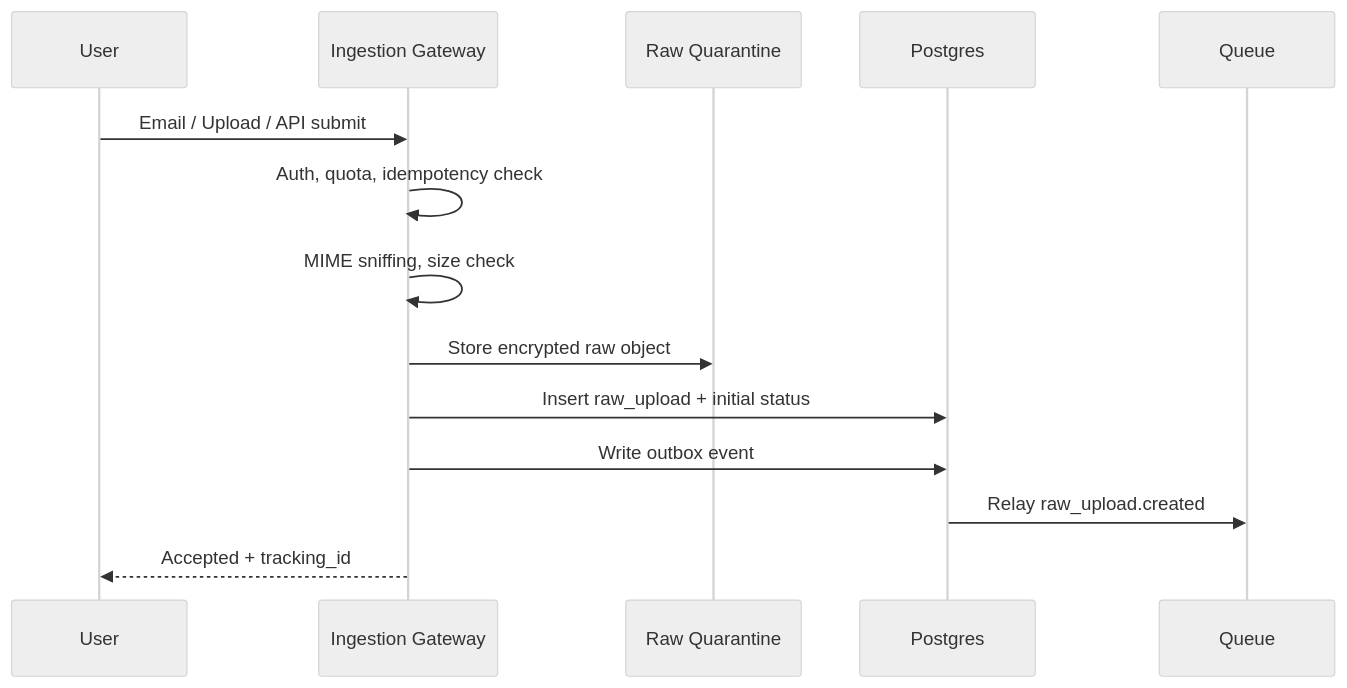
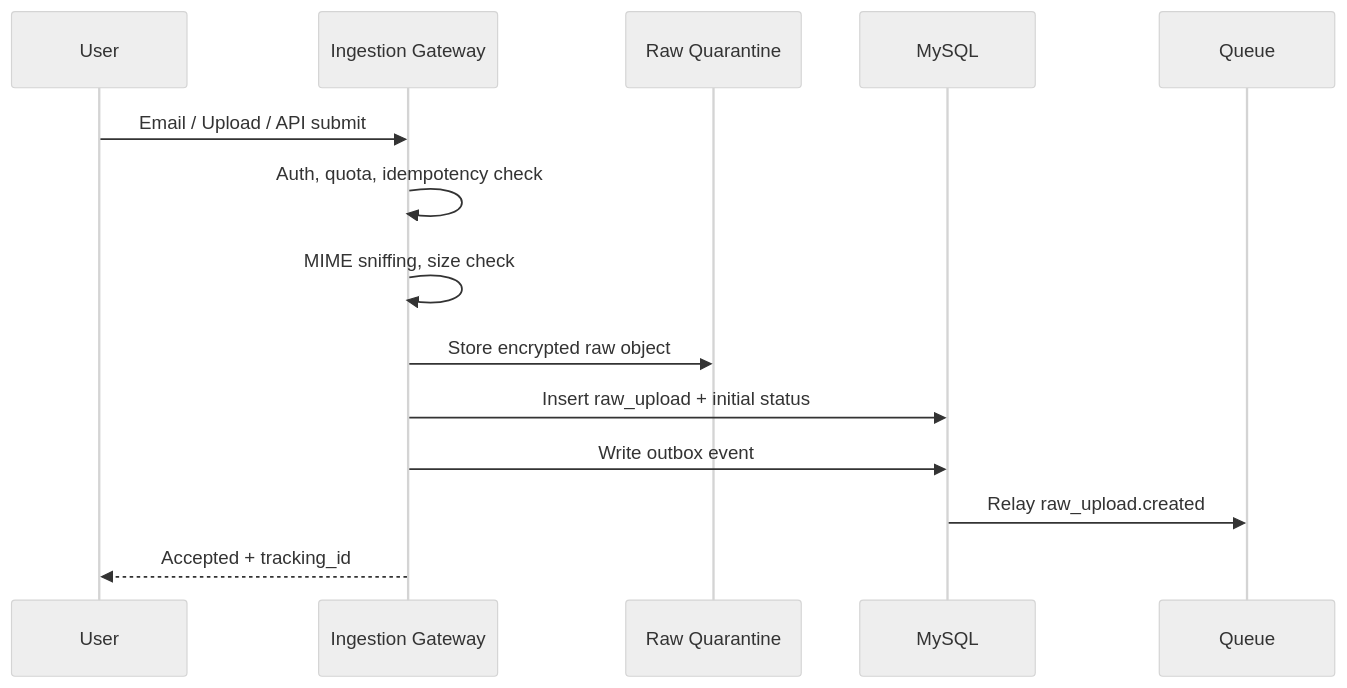
One commit to codywiki/Lodia changed the third of 10 diagrams in docs/LODIA_TECH_ARCHITECTURE.md. Above: the diagram before and after it, drawn with Mermaid (neutral theme). The commit also changed other lines of this file and 95 other files, not shown here.

````diff
--- a/docs/LODIA_TECH_ARCHITECTURE.md
+++ b/docs/LODIA_TECH_ARCHITECTURE.md
@@ -289,17 +289,17 @@
 ```mermaid
 sequenceDiagram
   participant U as User
   participant I as Ingestion Gateway
   participant Q as Raw Quarantine
-  participant DB as Postgres
+  participant DB as MySQL
   participant MQ as Queue
 
   U->>I: Email / Upload / API submit
   I->>I: Auth, quota, idempotency check
   I->>I: MIME sniffing, size check
   I->>Q: Store encrypted raw object
   I->>DB: Insert raw_upload + initial status
   I->>DB: Write outbox event
   DB->>MQ: Relay raw_upload.created
   I-->>U: Accepted + tracking_id
 ```
````
